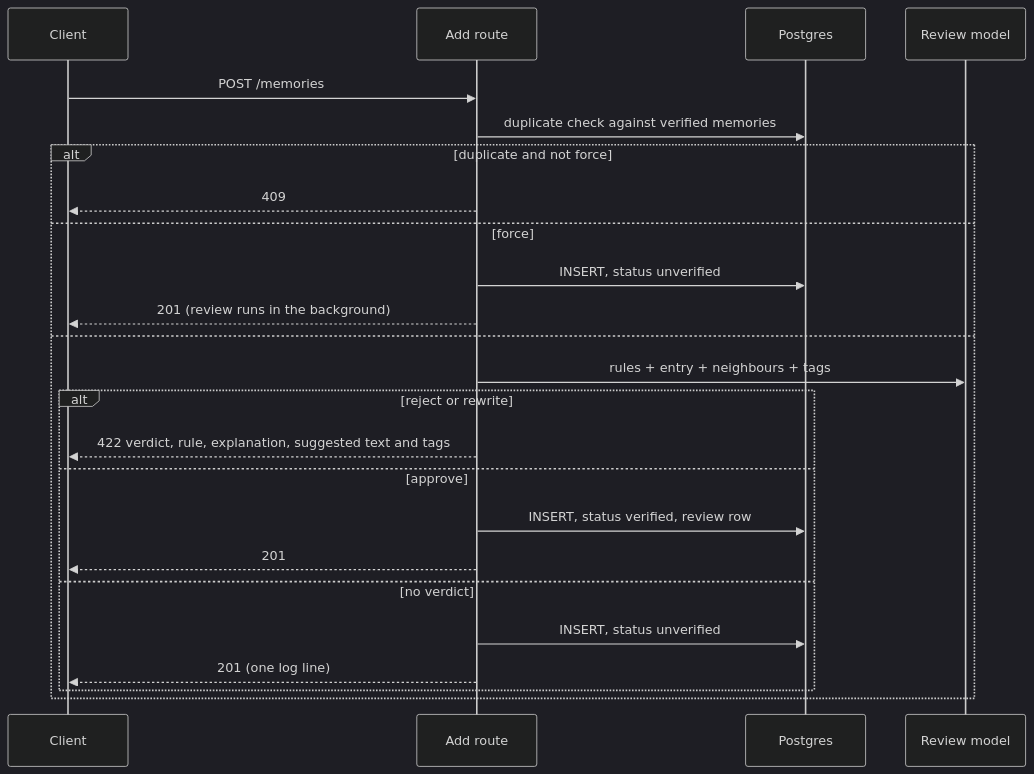
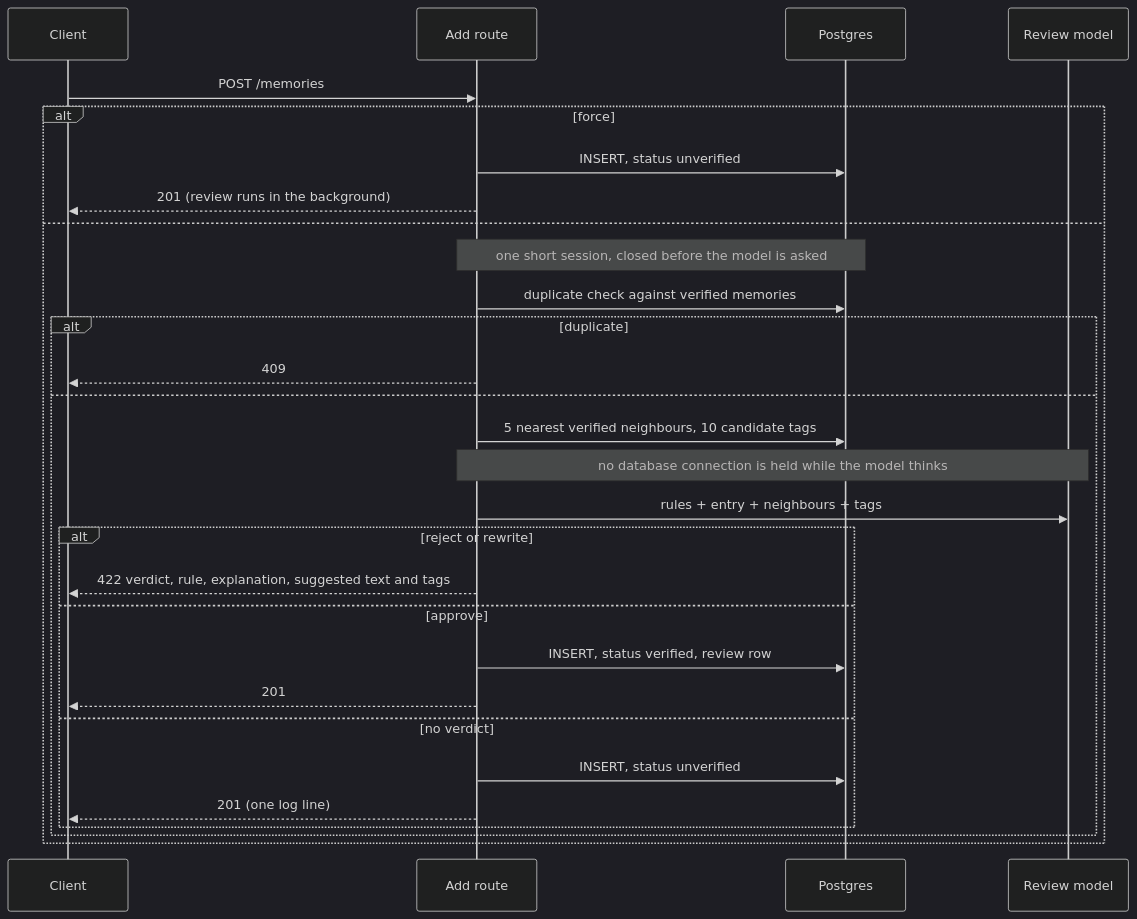
One commit to kdop/agent-memory changed the fourth of 8 diagrams in ARCHITECTURE.md. Above: the diagram before and after it, drawn with Mermaid (dark theme). The commit also changed other lines of this file and 13 other files, not shown here.

````diff
--- a/ARCHITECTURE.md
+++ b/ARCHITECTURE.md
@@ -137,27 +137,32 @@
 ```mermaid
 sequenceDiagram
     participant C as Client
     participant A as Add route
     participant D as Postgres
     participant M as Review model
 
     C->>A: POST /memories
-    A->>D: duplicate check against verified memories
-    alt duplicate and not force
-        A-->>C: 409
-    else force
+    alt force
         A->>D: INSERT, status unverified
         A-->>C: 201 (review runs in the background)
     else
-        A->>M: rules + entry + neighbours + tags
-        alt reject or rewrite
-            A-->>C: 422 verdict, rule, explanation, suggested text and tags
-        else approve
-            A->>D: INSERT, status verified, review row
-            A-->>C: 201
-        else no verdict
-            A->>D: INSERT, status unverified
-            A-->>C: 201 (one log line)
+        Note over A,D: one short session, closed before the model is asked
+        A->>D: duplicate check against verified memories
+        alt duplicate
+            A-->>C: 409
+        else
+            A->>D: 5 nearest verified neighbours, 10 candidate tags
+            Note over A,M: no database connection is held while the model thinks
+            A->>M: rules + entry + neighbours + tags
+            alt reject or rewrite
+                A-->>C: 422 verdict, rule, explanation, suggested text and tags
+            else approve
+                A->>D: INSERT, status verified, review row
+                A-->>C: 201
+            else no verdict
+                A->>D: INSERT, status unverified
+                A-->>C: 201 (one log line)
+            end
         end
     end
 ```
````
